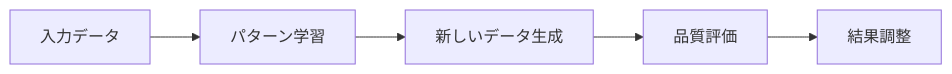
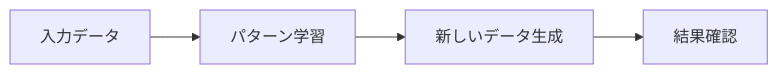
Before and after one commit to haruka-aibara/haruka-aibara: the second of 2 diagrams in docs/AI/100_入門_生成AIの応用.md, drawn with Mermaid. The commit also changed other lines of this file and 34 other files, not shown here.

````diff
--- a/docs/AI/100_入門_生成AIの応用.md
+++ b/docs/AI/100_入門_生成AIの応用.md
@@ -49,7 +44,6 @@
 ```mermaid
 graph LR
     A[入力データ] --> B[パターン学習]
     B --> C[新しいデータ生成]
-    C --> D[品質評価]
-    D --> E[結果調整]
+    C --> D[結果確認]
 ```
````
